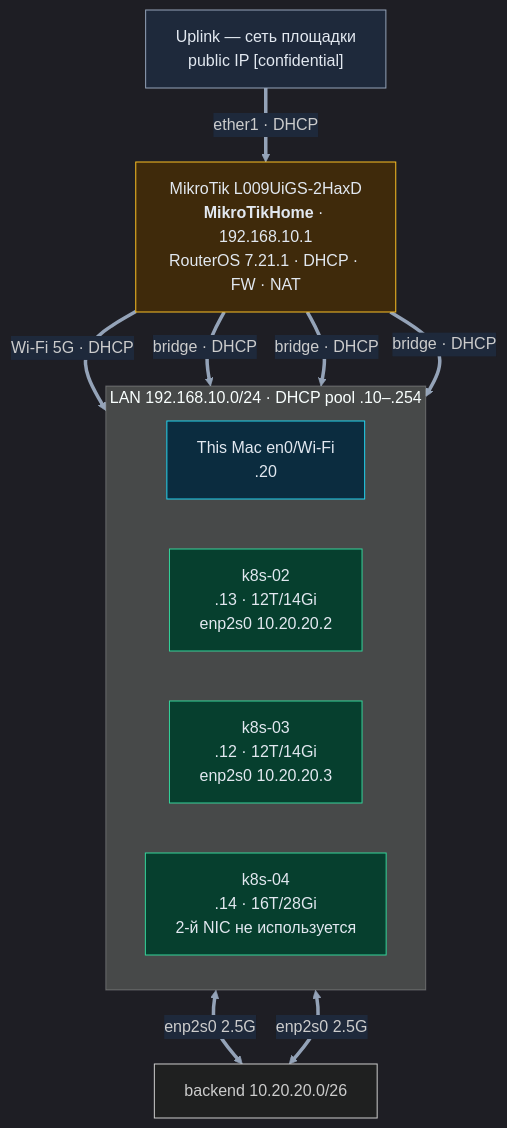
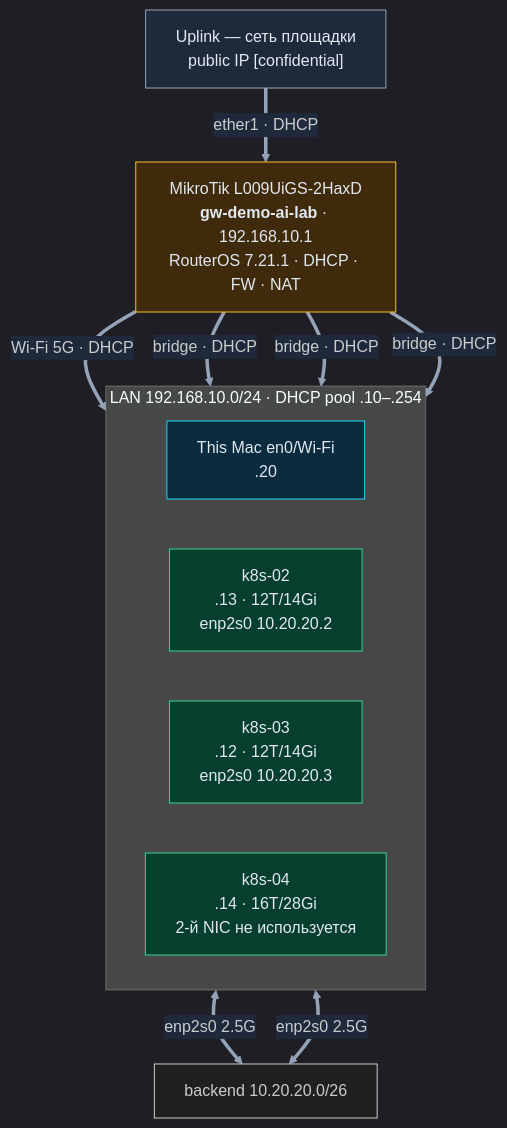
One commit to msklv/demo-ai-lab changed the diagram in network-map-detail.md. Above: the diagram before and after it, drawn with Mermaid. The commit also changed other lines of this file and 2 other files, not shown here.

Commit message:
docs(arch): rename MikroTik to gw-demo-ai-lab; channel policy REST-primary/SSH-fallback; fix www port 8080

````diff
--- a/network-map-detail.md
+++ b/network-map-detail.md
@@ -7,30 +7,30 @@
 ```mermaid
 %%{init: {"theme": "dark", "themeVariables": {"fontFamily": "ui-monospace, monospace", "edgeLabelBackground": "#1e293b", "primaryTextColor": "#e2e8f0", "lineColor": "#94a3b8"}}}%%
 graph TD
 
     UP["Uplink — сеть площадки<br/>public IP [confidential]"]:::ext
 
-    RT["MikroTik L009UiGS-2HaxD<br/><b>MikroTikHome</b> · 192.168.10.1<br/>RouterOS 7.21.1 · DHCP · FW · NAT"]:::net
+    RT["MikroTik L009UiGS-2HaxD<br/><b>gw-demo-ai-lab</b> · 192.168.10.1<br/>RouterOS 7.21.1 · DHCP · FW · NAT"]:::net
 
     subgraph LAN["LAN 192.168.10.0/24 · DHCP pool .10–.254"]
         direction LR
         MAC["This Mac en0/Wi-Fi<br/>.20"]:::mac
         K2["k8s-02<br/>.13 · 12T/14Gi<br/>enp2s0 10.20.20.2"]:::linux
         K3["k8s-03<br/>.12 · 12T/14Gi<br/>enp2s0 10.20.20.3"]:::linux
         K4["k8s-04<br/>.14 · 16T/28Gi<br/>2-й NIC не используется"]:::linux
     end
 
     K2 <==>|"enp2s0 2.5G"| BE["backend 10.20.20.0/26"]
     K3 <==>|"enp2s0 2.5G"| BE
 
     UP ==>|"ether1 · DHCP"| RT
     RT ==>|"Wi-Fi 5G · DHCP"| MAC
     RT ==>|"bridge · DHCP"| K2
     RT ==>|"bridge · DHCP"| K3
     RT ==>|"bridge · DHCP"| K4
 
     classDef mac fill:#0b2c3f,stroke:#22d3ee,color:#e2e8f0;
     classDef linux fill:#063f2e,stroke:#34d399,color:#e2e8f0;
     classDef net fill:#3f2a0b,stroke:#fbbf24,color:#e2e8f0;
     classDef ext fill:#1e293b,stroke:#94a3b8,color:#e2e8f0;
 ```
````
